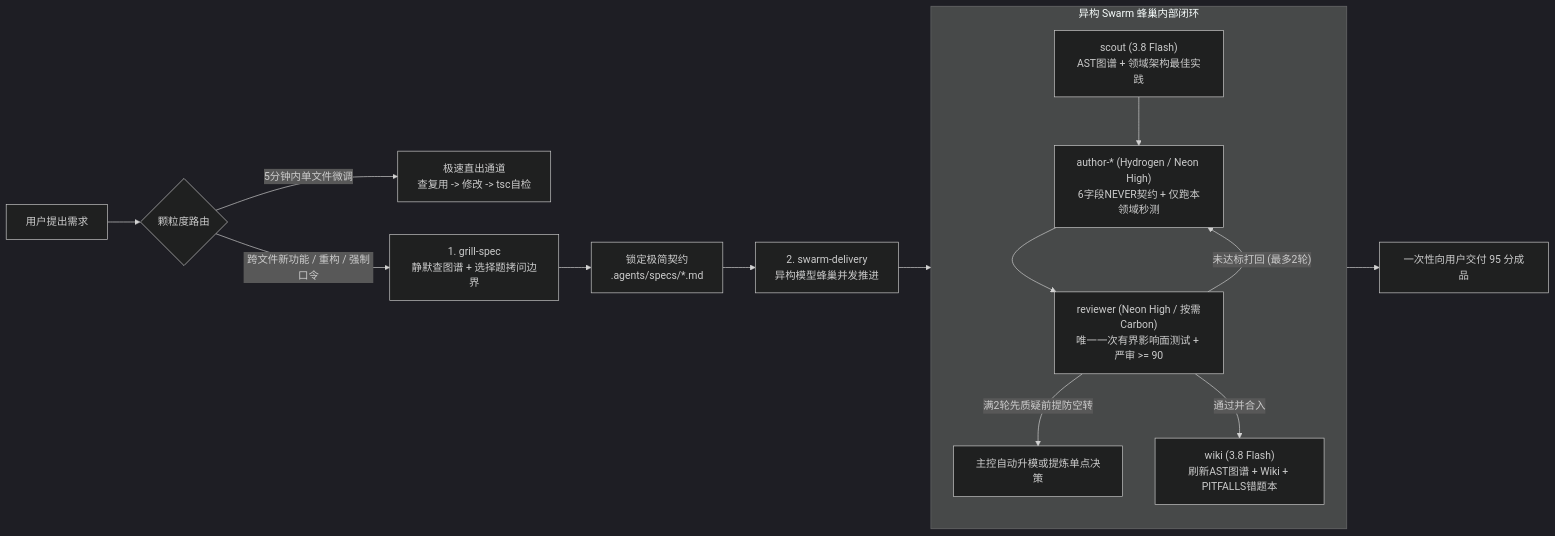
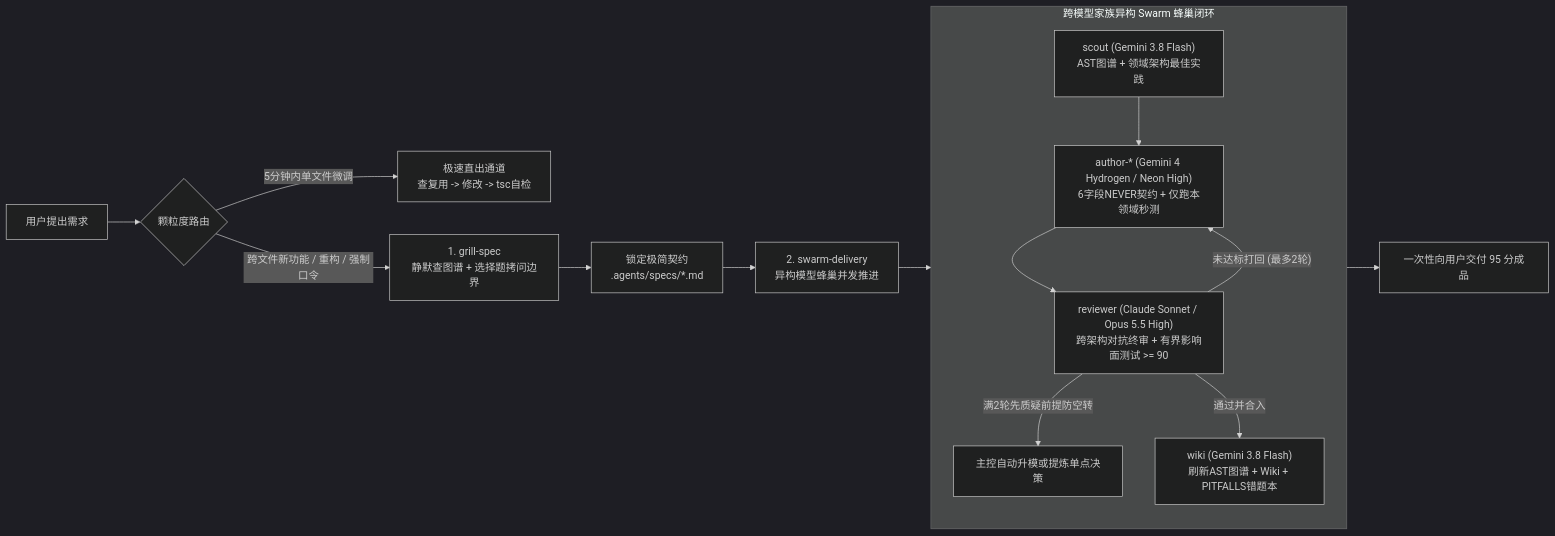
The diagram in README.zh-CN.md (MICAHFANG/agy-swarm-forge), drawn with Mermaid (dark theme) before and after one commit. The commit also changed other lines of this file and 5 other files, not shown here.

Commit message:
feat: v1.3.0 — cross-family adversarial review with Claude Sonnet/Opus 5.5

````diff
--- a/README.zh-CN.md
+++ b/README.zh-CN.md
@@ -27,17 +27,17 @@
 ```mermaid
 flowchart LR
   A["用户提出需求"] --> B{"颗粒度路由"}
   B -->|"5分钟内单文件微调"| C["极速直出通道\n查复用 -> 修改 -> tsc自检"]
   B -->|"跨文件新功能 / 重构 / 强制口令"| D["1. grill-spec\n静默查图谱 + 选择题拷问边界"]
   D --> E["锁定极简契约\n.agents/specs/*.md"]
   E --> F["2. swarm-delivery\n异构模型蜂巢并发推进"]
-  subgraph Swarm["异构 Swarm 蜂巢内部闭环"]
-    S1["scout (3.8 Flash)\nAST图谱 + 领域架构最佳实践"] --> S2["author-* (Hydrogen / Neon High)\n6字段NEVER契约 + 仅跑本领域秒测"]
-    S2 --> S3["reviewer (Neon High / 按需Carbon)\n唯一一次有界影响面测试 + 严审 >= 90"]
+  subgraph Swarm["跨模型家族异构 Swarm 蜂巢闭环"]
+    S1["scout (Gemini 3.8 Flash)\nAST图谱 + 领域架构最佳实践"] --> S2["author-* (Gemini 4 Hydrogen / Neon High)\n6字段NEVER契约 + 仅跑本领域秒测"]
+    S2 --> S3["reviewer (Claude Sonnet / Opus 5.5 High)\n跨架构对抗终审 + 有界影响面测试 >= 90"]
     S3 -->|"未达标打回 (最多2轮)"| S2
     S3 -->|"满2轮先质疑前提防空转"| H["主控自动升模或提炼单点决策"]
-    S3 -->|"通过并合入"| S4["wiki (3.8 Flash)\n刷新AST图谱 + Wiki + PITFALLS错题本"]
+    S3 -->|"通过并合入"| S4["wiki (Gemini 3.8 Flash)\n刷新AST图谱 + Wiki + PITFALLS错题本"]
   end
   F --> Swarm
   Swarm --> G["一次性向用户交付 95 分成品"]
 ```
````
